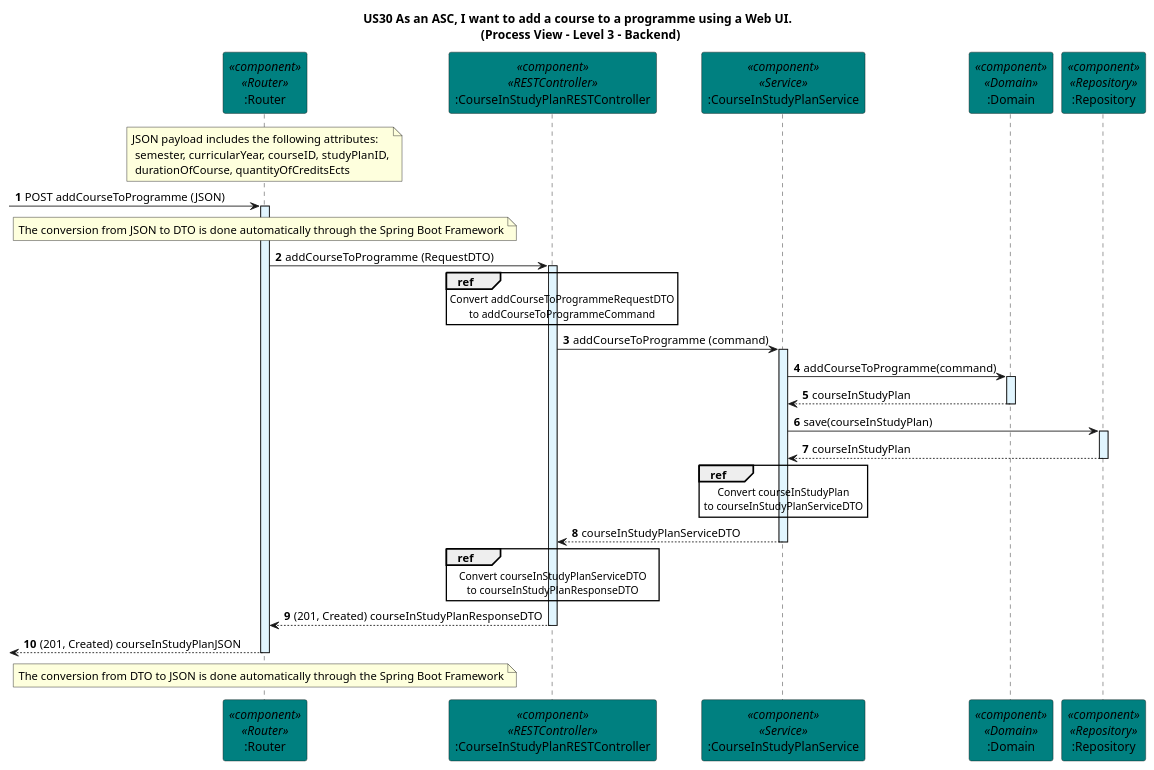
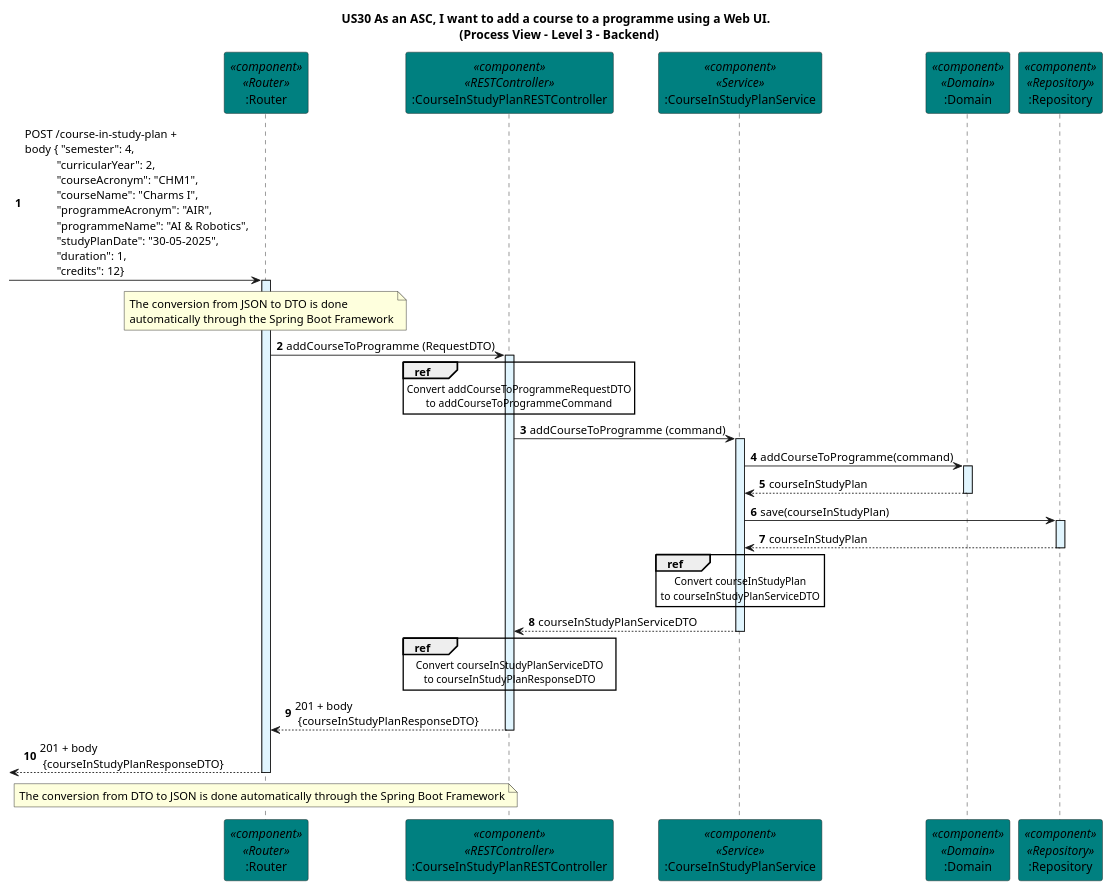
One commit to GasparISEP/DevOps-PAI changed the diagram in docs/US30/Sprint_6_REST_API/Process View/Level3Granularity.puml. Above: the diagram before and after it, drawn with PlantUML.

Commit message:
[docs]: update Level 3 sequence diagram to reflect changes in course addition process #706

```diff
--- a/docs/US30/Sprint_6_REST_API/Process View/Level3Granularity.puml
+++ b/docs/US30/Sprint_6_REST_API/Process View/Level3Granularity.puml
@@ -1,63 +1,63 @@
 @startuml
 
 title US30 As an ASC, I want to add a course to a programme using a Web UI. \n (Process View - Level 3 - Backend)
 
 autonumber
 
 participant ":Router" as router <<component>> <<Router>> #teal
 participant ":CourseInStudyPlanRESTController" as restController <<component>> <<RESTController>> #teal
 participant ":CourseInStudyPlanService" as service <<component>> <<Service>> #teal
 participant ":Domain" as domain <<component>> <<Domain>> #teal
 participant ":Repository" as repository <<component>> <<Repository>> #teal
 
-note over router: JSON payload includes the following attributes:\n semester, curricularYear, courseID, studyPlanID,\n durationOfCourse, quantityOfCreditsEcts
+''note over router: JSON payload includes the following attributes:\n semester, curricularYear, courseID, studyPlanID,\n durationOfCourse, quantityOfCreditsEcts
 
--> router: POST addCourseToProgramme (JSON)
+-> router: POST /course-in-study-plan + \nbody { "semester": 4,\n           "curricularYear": 2,\n           "courseAcronym": "CHM1",\n           "courseName": "Charms I", \n           "programmeAcronym": "AIR", \n           "programmeName": "AI & Robotics", \n           "studyPlanDate": "30-05-2025", \n           "duration": 1, \n           "credits": 12}
 activate router #E1F5FE
 
-note over router: The conversion from JSON to DTO is done automatically through the Spring Boot Framework
+note over router: The conversion from JSON to DTO is done \nautomatically through the Spring Boot Framework
 
 router -> restController: addCourseToProgramme (RequestDTO)
 activate restController #E1F5FE
 
 ref over restController
     Convert addCourseToProgrammeRequestDTO
     to addCourseToProgrammeCommand
 end
 
 restController -> service: addCourseToProgramme (command)
 activate service #E1F5FE
 
 service -> domain: addCourseToProgramme(command)
 activate domain #E1F5FE
 
 domain --> service: courseInStudyPlan
 deactivate domain
 
 service -> repository: save(courseInStudyPlan)
 activate repository #E1F5FE
 
 repository --> service: courseInStudyPlan
 deactivate repository
 
 ref over service
     Convert courseInStudyPlan
     to courseInStudyPlanServiceDTO
 end
 
 
 service --> restController: courseInStudyPlanServiceDTO
 deactivate service
 ref over restController
     Convert courseInStudyPlanServiceDTO
     to courseInStudyPlanResponseDTO
 end
 
-restController --> router: (201, Created) courseInStudyPlanResponseDTO
+restController --> router: 201 + body\n {courseInStudyPlanResponseDTO}
 
 deactivate restController
-<-- router: (201, Created) courseInStudyPlanJSON
+<-- router: 201 + body\n {courseInStudyPlanResponseDTO}
 deactivate router
 note over router: The conversion from DTO to JSON is done automatically through the Spring Boot Framework
 
 @enduml
```
